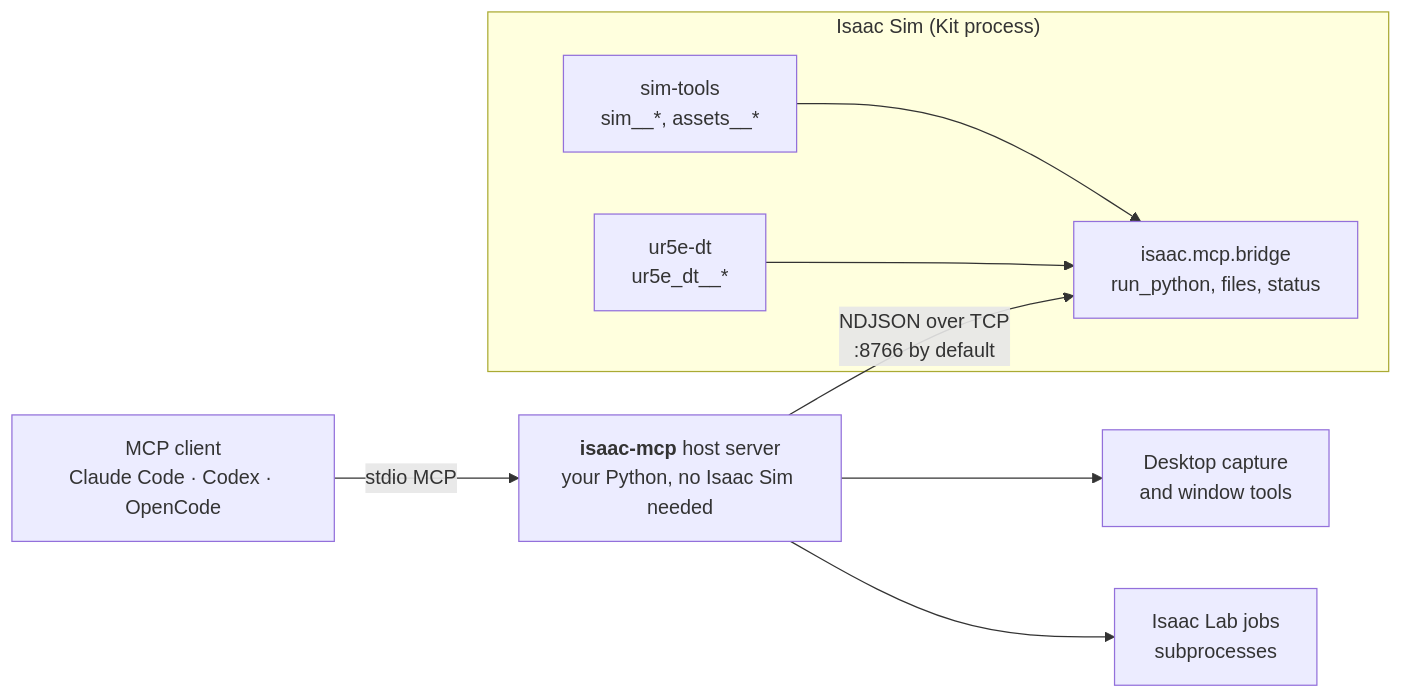
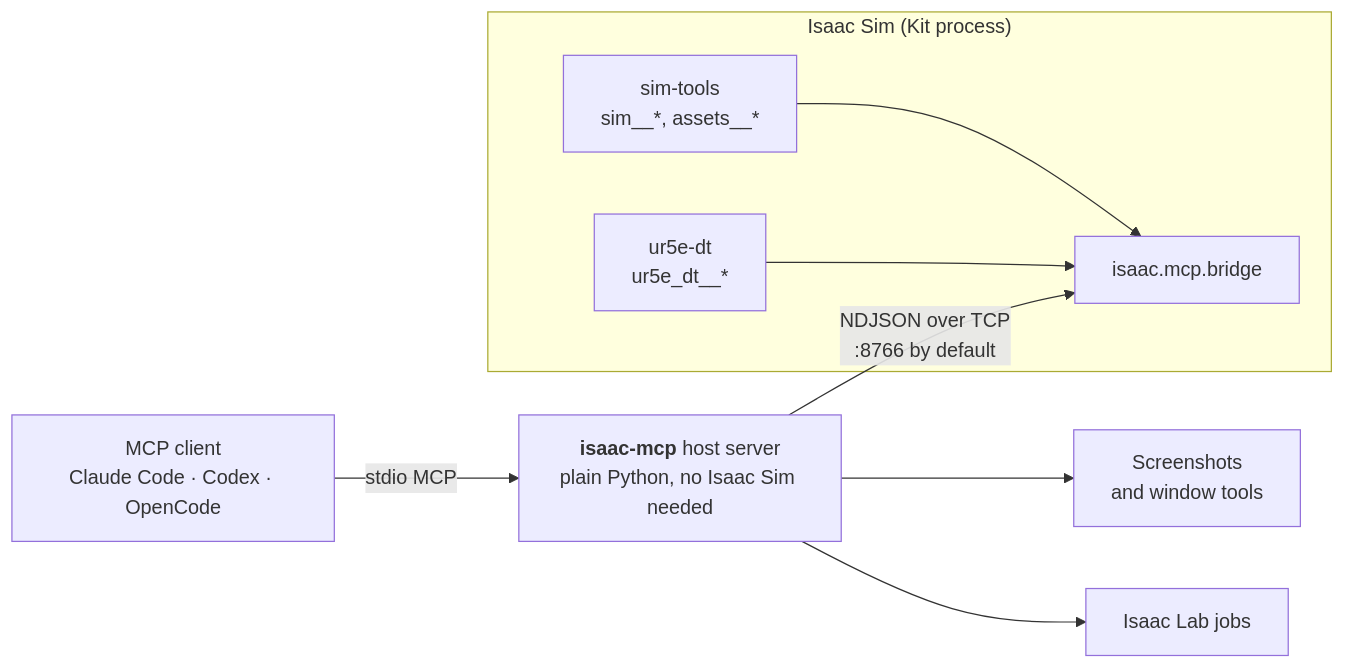
Before and after one commit to kalebcoleman/isaac-mcp: the diagram in README.md, drawn with Mermaid. The commit also changed other lines of this file, not shown here.

````diff
--- a/README.md
+++ b/README.md
@@ -33,12 +141,12 @@
 ```mermaid
 flowchart LR
-    client["MCP client<br/>Claude Code · Codex · OpenCode"] -- "stdio MCP" --> host["<b>isaac-mcp</b> host server<br/>your Python, no Isaac Sim needed"]
+    client["MCP client<br/>Claude Code · Codex · OpenCode"] -- "stdio MCP" --> host["<b>isaac-mcp</b> host server<br/>plain Python, no Isaac Sim needed"]
     host -- "NDJSON over TCP<br/>:8766 by default" --> bridge
-    host --> desktop["Desktop capture<br/>and window tools"]
-    host --> lab["Isaac Lab jobs<br/>subprocesses"]
+    host --> desktop["Screenshots<br/>and window tools"]
+    host --> lab["Isaac Lab jobs"]
     subgraph kit["Isaac Sim (Kit process)"]
-        bridge["isaac.mcp.bridge<br/>run_python, files, status"]
+        bridge["isaac.mcp.bridge"]
         sim["sim-tools<br/>sim__*, assets__*"] --> bridge
         twin["ur5e-dt<br/>ur5e_dt__*"] --> bridge
     end
 ```
````
